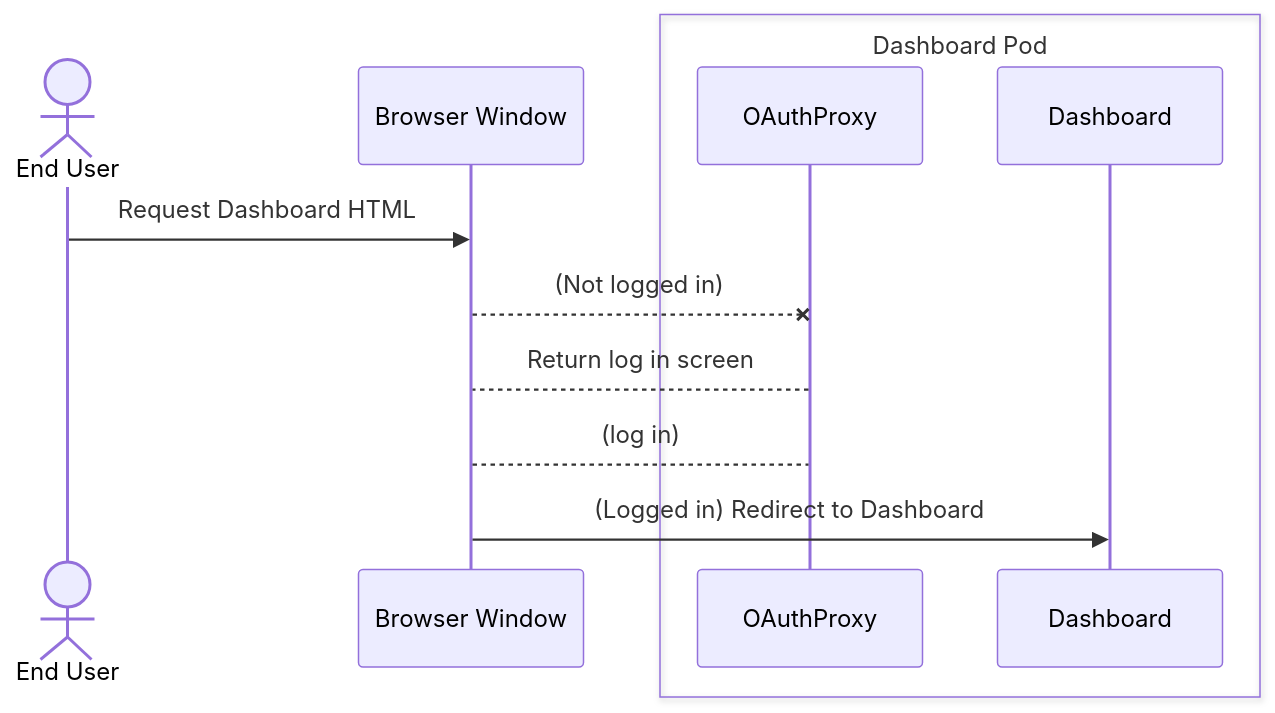
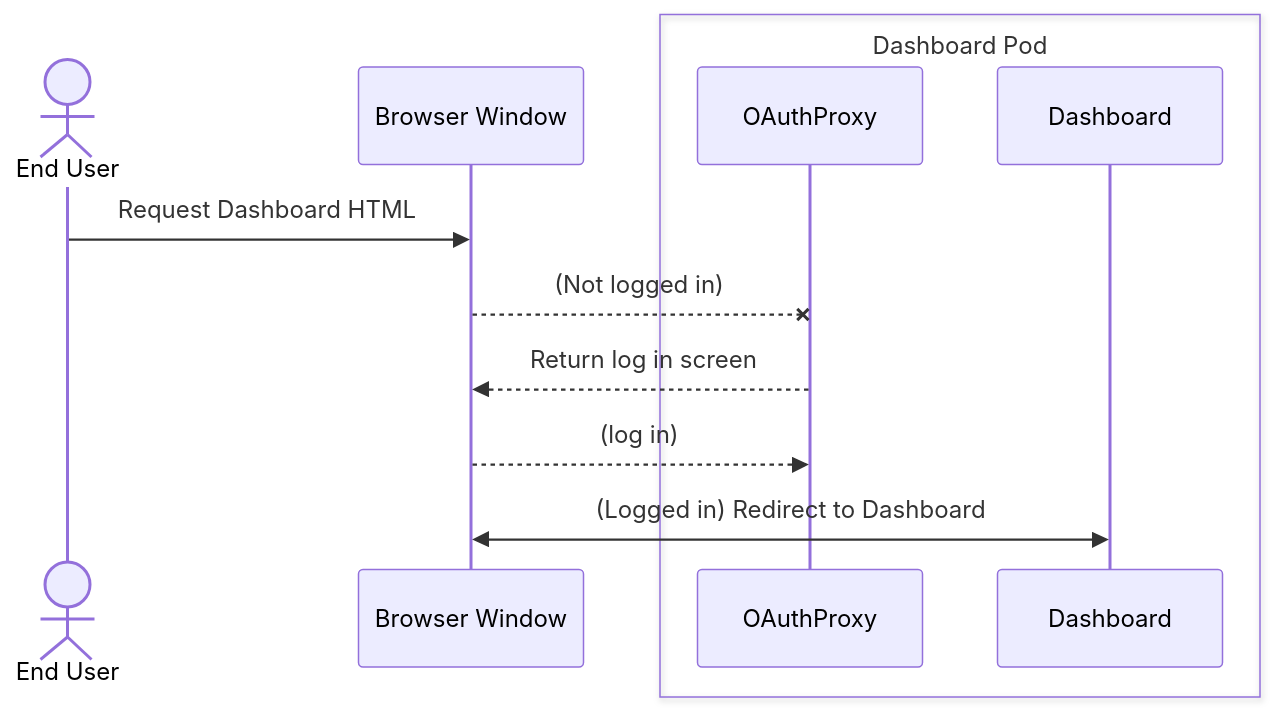
Before and after one commit to andrewballantyne/architecture-decision-records: the diagram in documentation/components/dashboard/README.md, drawn with Mermaid.

````diff
--- a/documentation/components/dashboard/README.md
+++ b/documentation/components/dashboard/README.md
@@ -23,15 +23,15 @@
 ```mermaid
 sequenceDiagram
     actor EndUser as End User
     participant Browser as Browser Window
     box Dashboard Pod
     participant OAuthProxy
     participant Dashboard
     end
 
     EndUser->>Browser: Request Dashboard HTML
     Browser--xOAuthProxy: (Not logged in)
-    OAuthProxy-->Browser: Return log in screen
-    Browser-->OAuthProxy: (log in)
-    Browser->>Dashboard: (Logged in) Redirect to Dashboard
+    OAuthProxy-->>Browser: Return log in screen
+    Browser-->>OAuthProxy: (log in)
+    Browser<<->>Dashboard: (Logged in) Redirect to Dashboard
 ```
````
